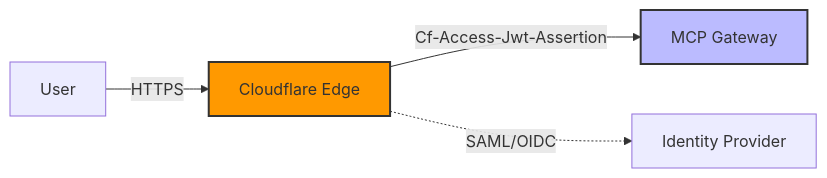
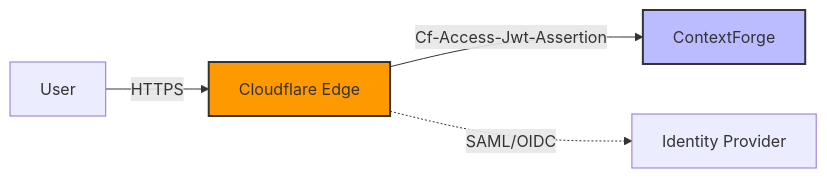
One commit to tedhabeck/mcp-context-forge changed the sixth of 10 diagrams in docs/docs/manage/proxy.md. Above: the diagram before and after it, drawn with Mermaid. The commit also changed other lines of this file and 583 other files, not shown here.

First line of the commit message:
docs: rebrand to ContextForge AI Gateway (#3091)

````diff
--- a/docs/docs/manage/proxy.md
+++ b/docs/docs/manage/proxy.md
@@ -369,10 +369,10 @@
 ```mermaid
 graph LR
     User[User] -->|HTTPS| CF[Cloudflare Edge]
-    CF -->|Cf-Access-Jwt-Assertion| Gateway[MCP Gateway]
+    CF -->|Cf-Access-Jwt-Assertion| Gateway[ContextForge]
 
     CF -.->|SAML/OIDC| IDP[Identity Provider]
 
     style CF fill:#f90,stroke:#333,stroke-width:2px
     style Gateway fill:#bbf,stroke:#333,stroke-width:2px
 ```
````
